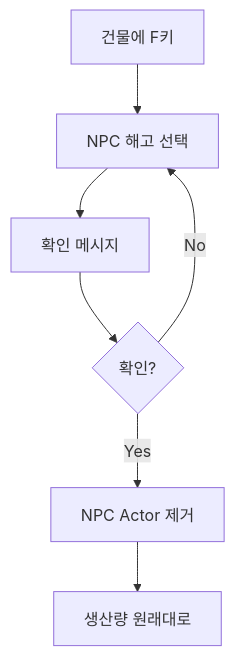
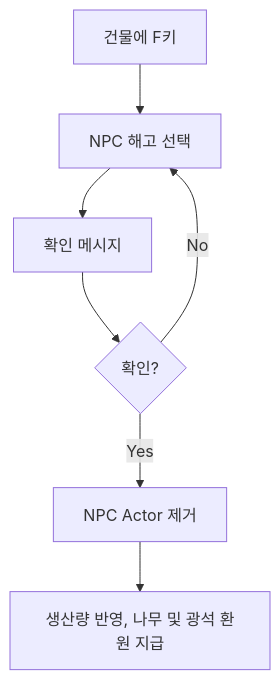
The seventh of 10 diagrams in 파머스 디펜더.md (heewonle/PotatoDefense), drawn with Mermaid before and after one commit. The commit also changed other lines of this file and 153 other files, not shown here.

````diff
--- a/파머스 디펜더.md
+++ b/파머스 디펜더.md
@@ -1311,9 +1315,9 @@
 ```mermaid
 flowchart TD
     A[건물에 F키] --> B[NPC 해고 선택]
     B --> C[확인 메시지]
     C --> D{확인?}
     D -->|Yes| E[NPC Actor 제거]
-    E --> F[생산량 원래대로]
+    E --> F[생산량 반영, 나무 및 광석 환원 지급]
     D -->|No| B
 ```
````
